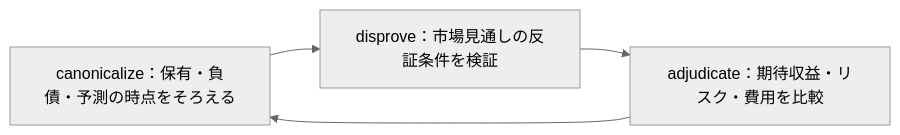
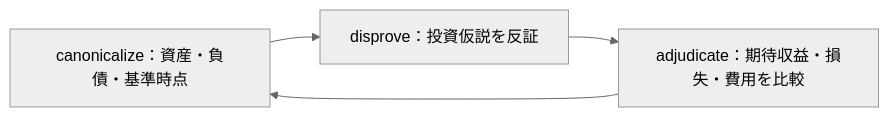
The second of 4 diagrams in BIBLES.md (KAFKA2306/kafstyler), drawn with Mermaid (neutral theme) before and after one commit. The commit also changed other lines of this file, not shown here.

````diff
--- a/BIBLES.md
+++ b/BIBLES.md
@@ -313,6 +301,6 @@
 ```mermaid
 flowchart LR
-    C["canonicalize：保有・負債・予測の時点をそろえる"] --> D["disprove：市場見通しの反証条件を検証"]
-    D --> A["adjudicate：期待収益・リスク・費用を比較"]
+    C["canonicalize：資産・負債・基準時点"] --> D["disprove：投資仮説を反証"]
+    D --> A["adjudicate：期待収益・損失・費用を比較"]
     A --> C
 ```
````
